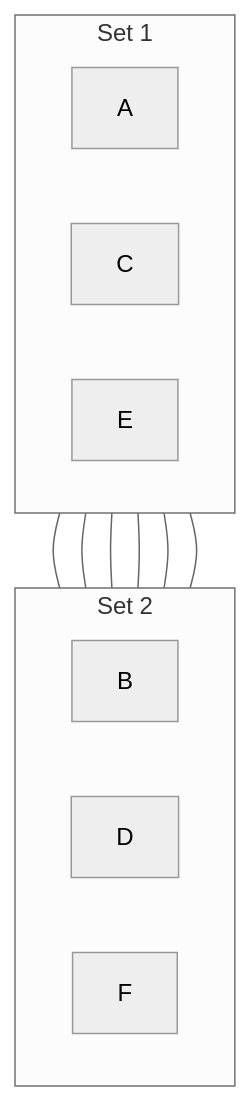
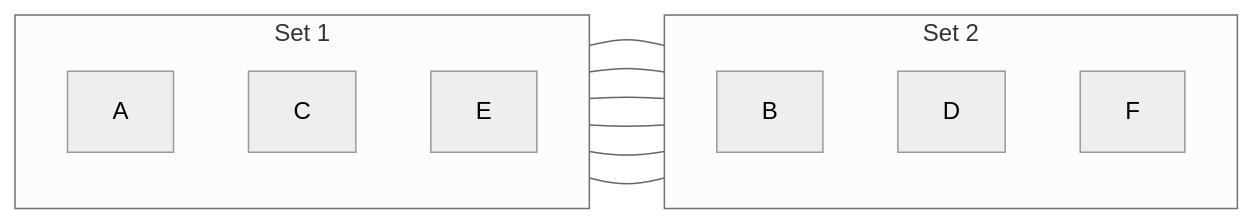
The second of 2 diagrams in MAD101/Assignment 3/README_.md (N1GHT-F4LL/FPT-Notebook), drawn with Mermaid (neutral theme) before and after one commit. The commit also changed other lines of this file, not shown here.

Commit message:
Update README_.md 1.b

````diff
--- a/MAD101/Assignment 3/README_.md
+++ b/MAD101/Assignment 3/README_.md
@@ -37,23 +37,23 @@
 ```mermaid
-graph TB;
+graph LR;
     subgraph Set 2;
-        direction LR
+        direction TB
         B;
         D;
         F;
     end;
     subgraph Set 1;
-        direction LR
+        direction TB
         A;
         C;
         E;
     end;
 
     A --- B;
     B --- C;
     C --- D;
     D --- E;
     E --- F;
     F --- A;
 
 ```
````
